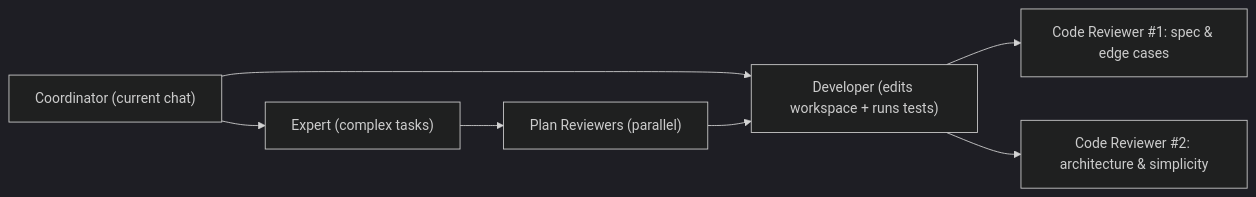
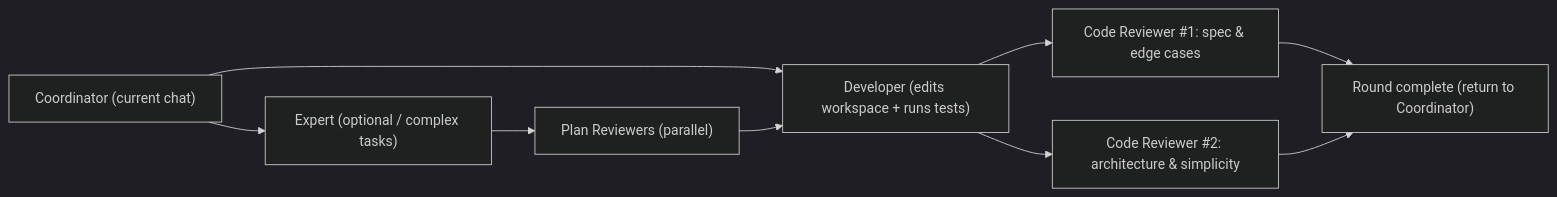
The diagram in README.md (OliverWalker1122/paseo-team), drawn with Mermaid (dark theme) before and after one commit. The commit also changed other lines of this file and 9 other files, not shown here.

````diff
--- a/README.md
+++ b/README.md
@@ -86,9 +91,11 @@
 ```mermaid
 flowchart LR
-  C["Coordinator (current chat)"] --> E["Expert (complex tasks)"]
+  C["Coordinator (current chat)"] --> E["Expert (optional / complex tasks)"]
   E --> P["Plan Reviewers (parallel)"]
   C --> D["Developer (edits workspace + runs tests)"]
   P --> D
   D --> R1["Code Reviewer #1: spec & edge cases"]
   D --> R2["Code Reviewer #2: architecture & simplicity"]
+  R1 --> S["Round complete (return to Coordinator)"]
+  R2 --> S
 ```
````
